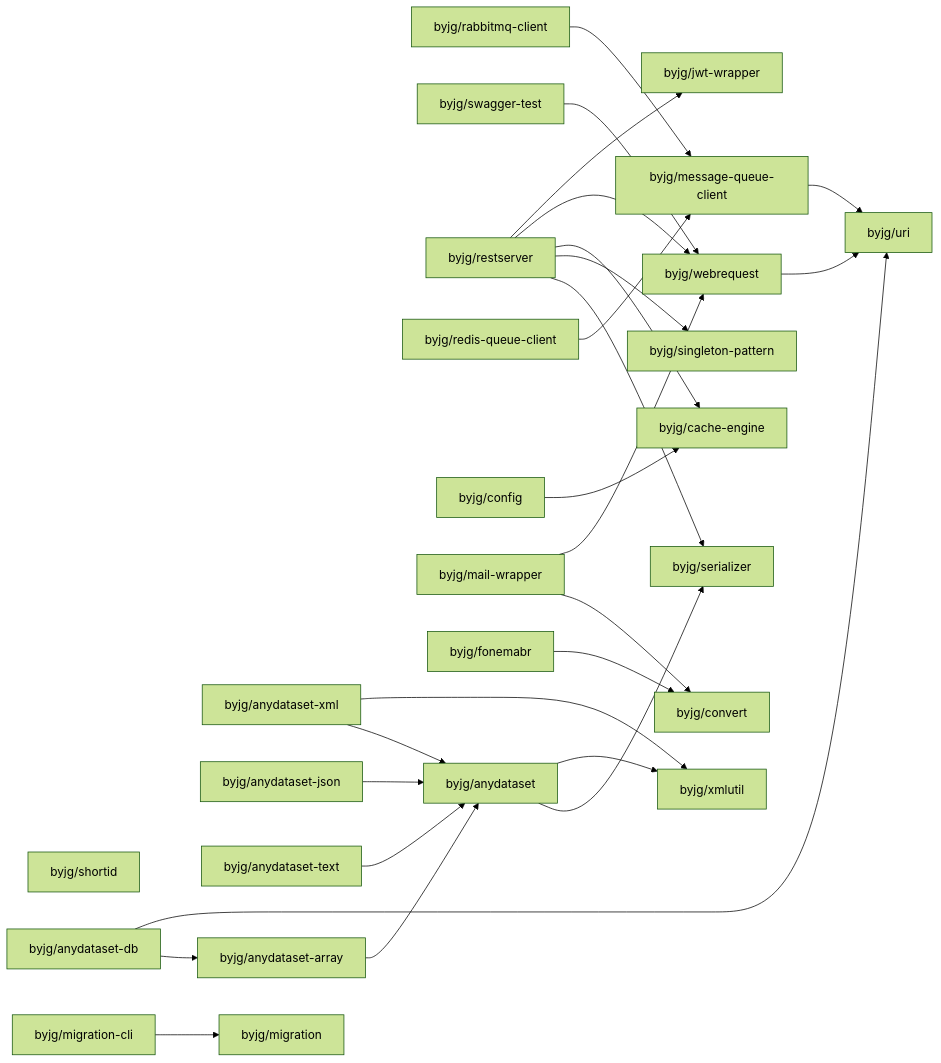
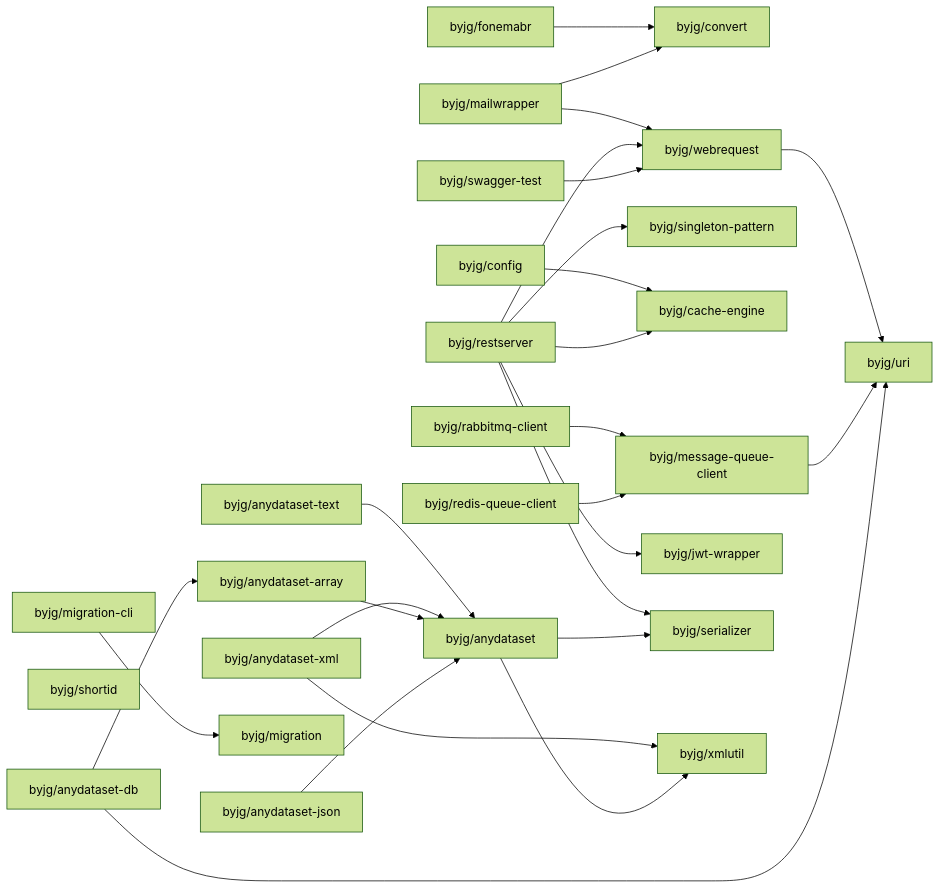
One commit to byjg/byjg.github.io changed the diagram in php/README.md. Above: the diagram before and after it, drawn with Mermaid (forest theme). The commit also changed 1 other file, not shown here.

Commit message:
Update documentation 'php' 'php-mailwrapper'

````diff
--- a/php/README.md
+++ b/php/README.md
@@ -3,52 +3,52 @@
 ```mermaid
 graph LR;
+  byjg/anydataset-text;
+  byjg/migration-cli;
+  byjg/fonemabr;
+  byjg/redis-queue-client;
+  byjg/shortid;
+  byjg/config;
+  byjg/anydataset-db;
+  byjg/mailwrapper;
+  byjg/rabbitmq-client;
   byjg/anydataset-xml;
-  byjg/rabbitmq-client;
   byjg/swagger-test;
+  byjg/anydataset-json;
   byjg/restserver;
-  byjg/anydataset-json;
-  byjg/shortid;
-  byjg/redis-queue-client;
-  byjg/config;
-  byjg/migration-cli;
-  byjg/mail-wrapper;
-  byjg/anydataset-db;
-  byjg/fonemabr;
-  byjg/anydataset-text;
-  byjg/singleton-pattern;
-  byjg/jwt-wrapper;
-  byjg/message-queue-client;
-  byjg/cache-engine;
   byjg/migration;
-  byjg/webrequest;
   byjg/anydataset-array;
   byjg/convert;
+  byjg/message-queue-client;
+  byjg/singleton-pattern;
+  byjg/cache-engine;
+  byjg/webrequest;
+  byjg/jwt-wrapper;
+  byjg/anydataset;
   byjg/uri;
-  byjg/anydataset;
   byjg/serializer;
   byjg/xmlutil;
   byjg/fonemabr --> byjg/convert;
   byjg/config --> byjg/cache-engine;
   byjg/anydataset-text --> byjg/anydataset;
   byjg/webrequest --> byjg/uri;
   byjg/rabbitmq-client --> byjg/message-queue-client;
   byjg/anydataset-xml --> byjg/anydataset;
   byjg/anydataset-xml --> byjg/xmlutil;
   byjg/anydataset-array --> byjg/anydataset;
-  byjg/mail-wrapper --> byjg/convert;
-  byjg/mail-wrapper --> byjg/webrequest;
+  byjg/mailwrapper --> byjg/convert;
+  byjg/mailwrapper --> byjg/webrequest;
   byjg/message-queue-client --> byjg/uri;
   byjg/anydataset-db --> byjg/anydataset-array;
   byjg/anydataset-db --> byjg/uri;
   byjg/anydataset-json --> byjg/anydataset;
   byjg/redis-queue-client --> byjg/message-queue-client;
   byjg/restserver --> byjg/serializer;
   byjg/restserver --> byjg/singleton-pattern;
   byjg/restserver --> byjg/cache-engine;
   byjg/restserver --> byjg/webrequest;
   byjg/restserver --> byjg/jwt-wrapper;
   byjg/swagger-test --> byjg/webrequest;
   byjg/migration-cli --> byjg/migration;
   byjg/anydataset --> byjg/serializer;
   byjg/anydataset --> byjg/xmlutil;
 ```
````
